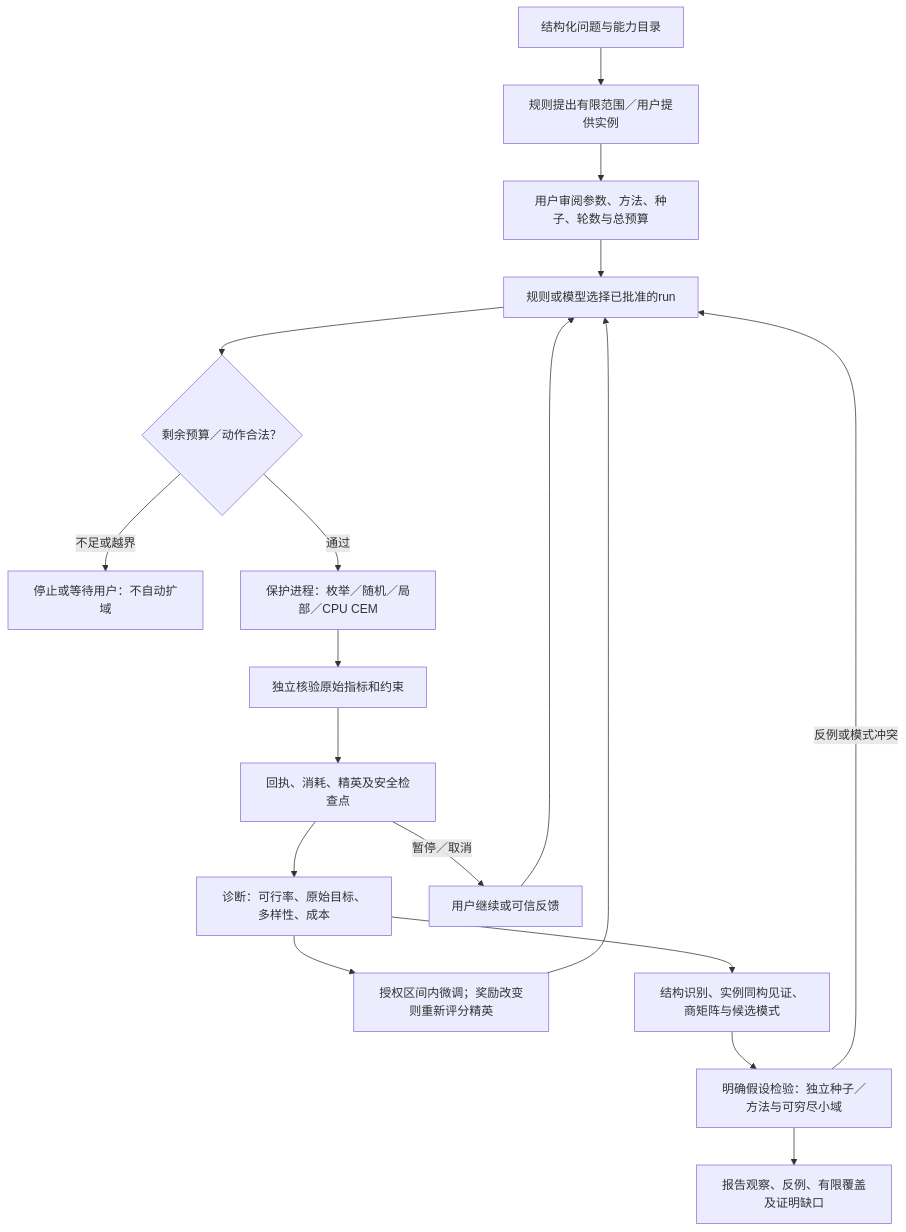
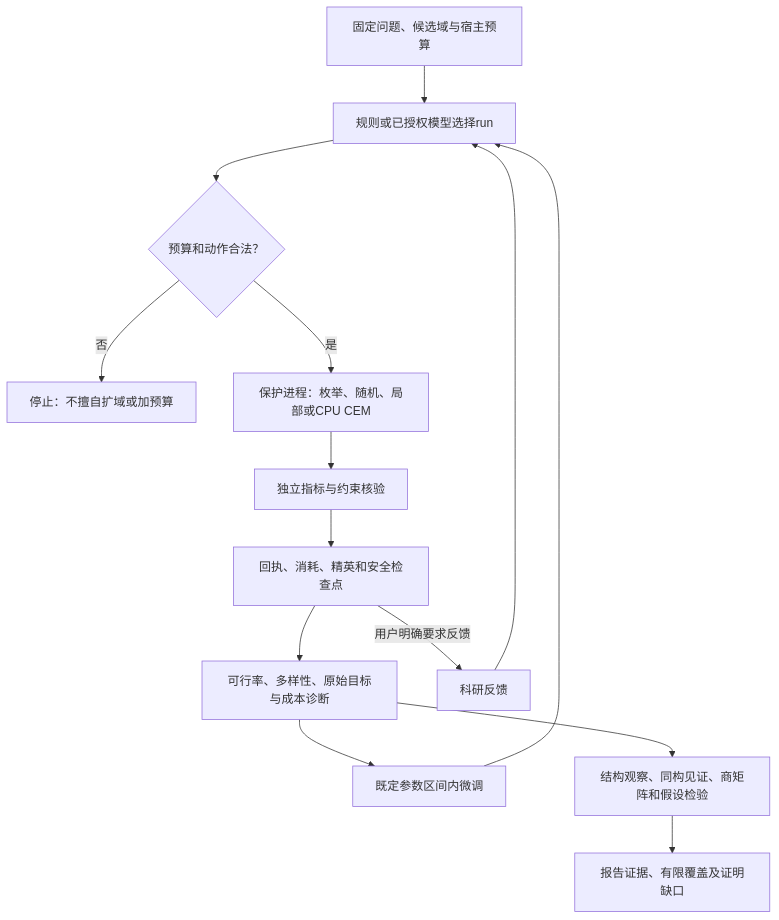
Before and after one commit to 735336168liuxiaoqi-hub/algebraic-graph-theory-research-assistant: the third of 4 diagrams in docs/WORKFLOW.md, drawn with Mermaid. The commit also changed other lines of this file and 96 other files, not shown here.

````diff
--- a/docs/WORKFLOW.md
+++ b/docs/WORKFLOW.md
@@ -32,20 +49,16 @@
 ```mermaid
 flowchart TD
-    P[结构化问题与能力目录] --> A[规则提出有限范围／用户提供实例]
-    A --> U[用户审阅参数、方法、种子、轮数与总预算]
-    U --> C[规则或模型选择已批准的run]
-    C --> B{剩余预算／动作合法？}
-    B -->|不足或越界| W[停止或等待用户：不自动扩域]
-    B -->|通过| S[保护进程：枚举／随机／局部／CPU CEM]
-    S --> V[独立核验原始指标和约束]
-    V --> E[回执、消耗、精英及安全检查点]
-    E --> D[诊断：可行率、原始目标、多样性、成本]
-    D --> F[授权区间内微调；奖励改变则重新评分精英]
+    A[固定问题、候选域与宿主预算] --> C[规则或已授权模型选择run]
+    C --> B{预算和动作合法？}
+    B -->|否| S[停止：不擅自扩域或加预算]
+    B -->|是| J[保护进程：枚举、随机、局部或CPU CEM]
+    J --> V[独立指标与约束核验]
+    V --> P[回执、消耗、精英和安全检查点]
+    P --> D[可行率、多样性、原始目标与成本诊断]
+    D --> F[既定参数区间内微调]
     F --> C
-    D --> H[结构识别、实例同构见证、商矩阵与候选模式]
-    H --> T[明确假设检验：独立种子／方法与可穷尽小域]
-    T -->|反例或模式冲突| C
-    T --> R[报告观察、反例、有限覆盖及证明缺口]
-    E -->|暂停／取消| K[用户继续或可信反馈]
-    K --> C
+    D --> H[结构观察、同构见证、商矩阵和假设检验]
+    H --> R[报告证据、有限覆盖及证明缺口]
+    P -->|用户明确要求反馈| U[科研反馈]
+    U --> C
 ```
````
